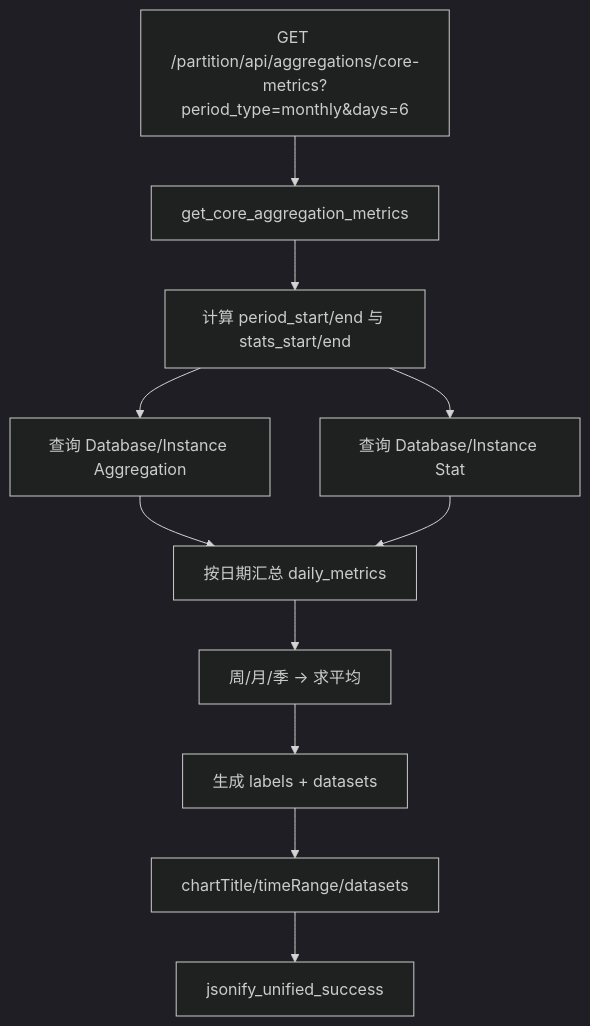
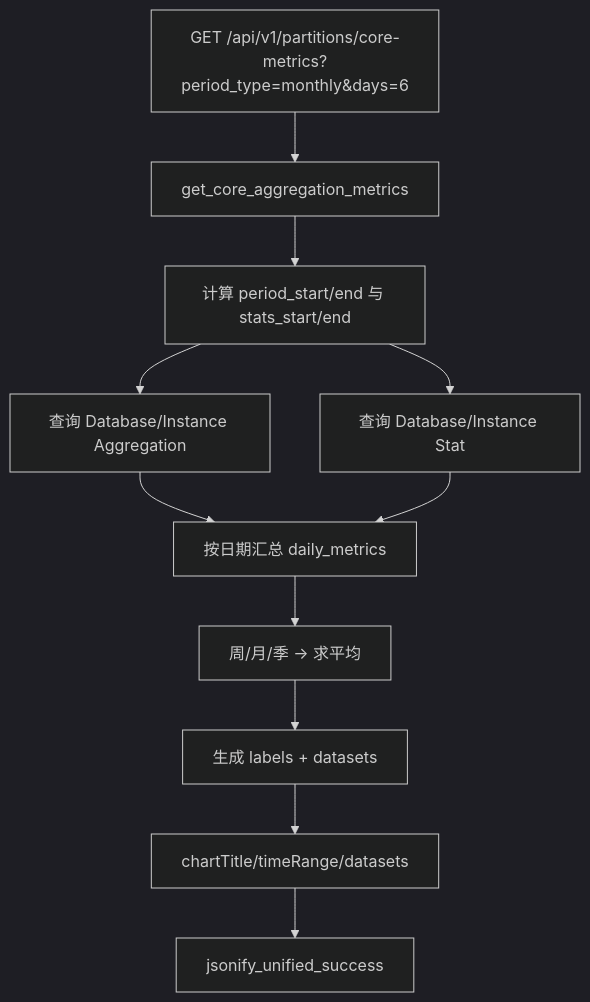
Before and after one commit to nyealovey/WhaleFall: the second of 2 diagrams in docs/architecture/flows/whalefall-frontend-display-flows.md, drawn with Mermaid (dark theme). The commit also changed 50 other files, not shown here.

````diff
--- a/docs/architecture/flows/whalefall-frontend-display-flows.md
+++ b/docs/architecture/flows/whalefall-frontend-display-flows.md
@@ -62,13 +62,13 @@
 ```mermaid
 flowchart TD
-    UI["GET /partition/api/aggregations/core-metrics?period_type=monthly&days=6"] --> Route[get_core_aggregation_metrics]
+    UI["GET /api/v1/partitions/core-metrics?period_type=monthly&days=6"] --> Route[get_core_aggregation_metrics]
     Route --> Parse[计算 period_start/end 与 stats_start/end]
     Parse --> QueryAgg[查询 Database/Instance Aggregation]
     Parse --> QueryStats[查询 Database/Instance Stat]
     QueryAgg --> Assemble[按日期汇总 daily_metrics]
     QueryStats --> Assemble
     Assemble --> Avg[周/月/季 → 求平均]
     Avg --> Labels[生成 labels + datasets]
     Labels --> Payload[chartTitle/timeRange/datasets]
     Payload --> Response[jsonify_unified_success]
 ```
````
